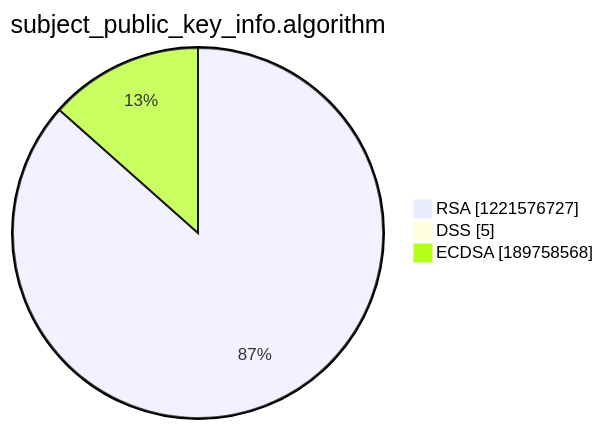
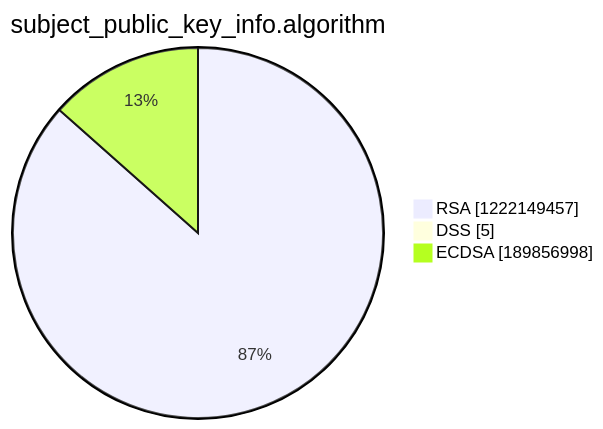
One commit to christiankrug/ctmonitor_visualization changed the third of 15 diagrams in argon2022/README.md. Above: the diagram before and after it, drawn with Mermaid. The commit also changed other lines of this file, not shown here.

````diff
--- a/argon2022/README.md
+++ b/argon2022/README.md
@@ -14,7 +14,7 @@
 ```mermaid
 pie showData
 title subject_public_key_info.algorithm
-"RSA" :1221576727
+"RSA" :1222149457
 "DSS" :5
-"ECDSA" :189758568
+"ECDSA" :189856998
 ```
````
